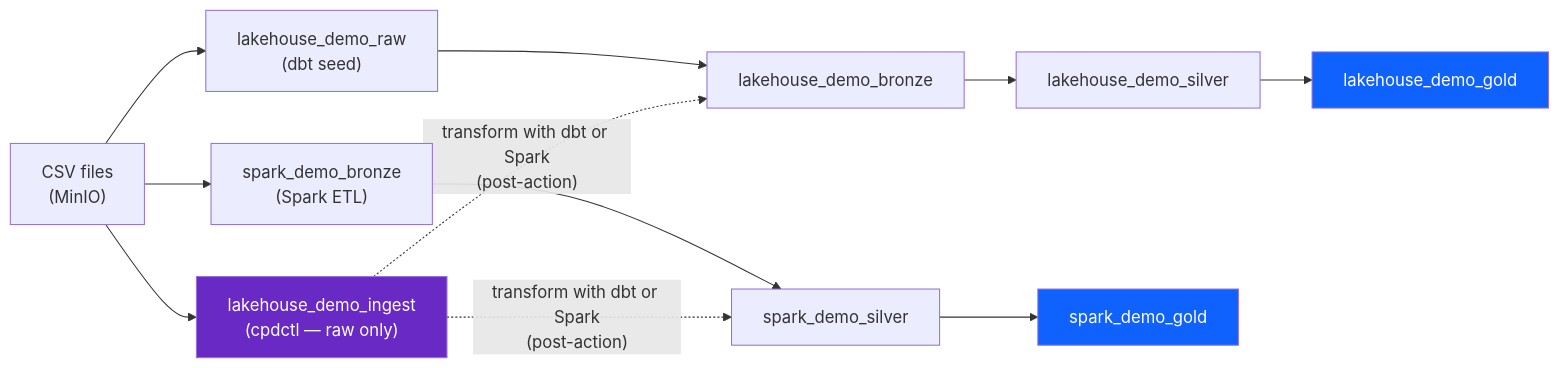
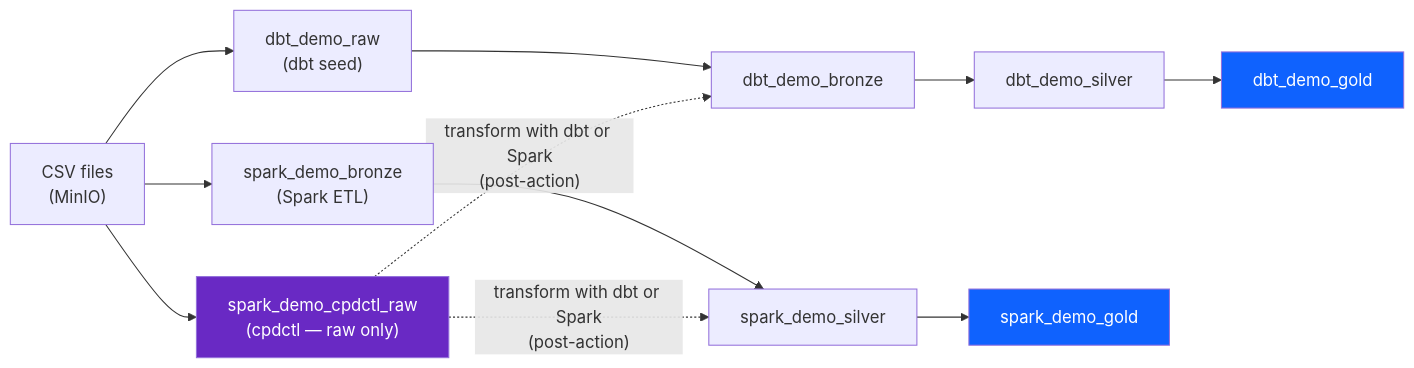
One commit to aseelert/ibmas-watsonxdata-dbt changed the diagram in docs/sql-demo.md. Above: the diagram before and after it, drawn with Mermaid. The commit also changed other lines of this file and 32 other files, not shown here.

First line of the commit message:
refactor(storage): self-documenting schema names, uniform bucket-root layout

````diff
--- a/docs/sql-demo.md
+++ b/docs/sql-demo.md
@@ -52,22 +52,22 @@
 ```mermaid
 flowchart LR
     CSV["CSV files\n(MinIO)"]
 
-    CSV --> dbt_raw["lakehouse_demo_raw\n(dbt seed)"]
+    CSV --> dbt_raw["dbt_demo_raw\n(dbt seed)"]
     CSV --> sp_bz["spark_demo_bronze\n(Spark ETL)"]
-    CSV --> ingest["lakehouse_demo_ingest\n(cpdctl — raw only)"]
+    CSV --> ingest["spark_demo_cpdctl_raw\n(cpdctl — raw only)"]
 
-    dbt_raw --> dbt_bz["lakehouse_demo_bronze"]
-    dbt_bz  --> dbt_sv["lakehouse_demo_silver"]
-    dbt_sv  --> dbt_gd["lakehouse_demo_gold"]
+    dbt_raw --> dbt_bz["dbt_demo_bronze"]
+    dbt_bz  --> dbt_sv["dbt_demo_silver"]
+    dbt_sv  --> dbt_gd["dbt_demo_gold"]
 
     sp_bz   --> sp_sv["spark_demo_silver"]
     sp_sv   --> sp_gd["spark_demo_gold"]
 
     ingest -. "transform with dbt or Spark\n(post-action)" .-> dbt_bz
     ingest -. "transform with dbt or Spark\n(post-action)" .-> sp_sv
 
     style dbt_gd fill:#0f62fe,color:#fff
     style sp_gd  fill:#0f62fe,color:#fff
     style ingest fill:#6929c4,color:#fff
 ```
````
